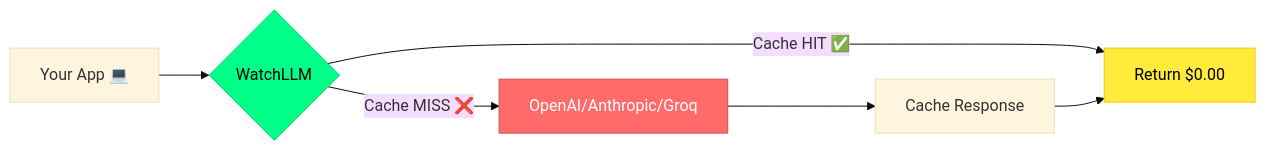
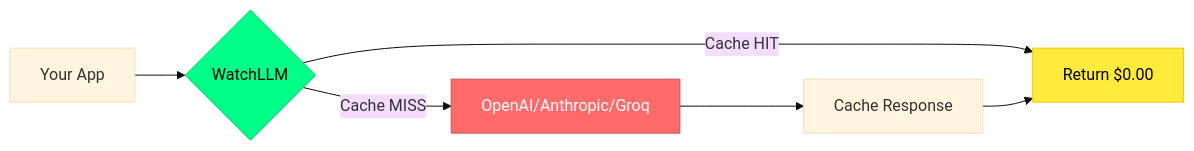
Before and after one commit to kaadipranav/kaadipranav: the first of 2 diagrams in README.md, drawn with Mermaid (base theme). The commit also changed other lines of this file, not shown here.

Commit message:
Update badge links and improve diagram formatting

````diff
--- a/README.md
+++ b/README.md
@@ -27,11 +27,11 @@
 ```mermaid
 graph LR
-    A[Your App 💻] --> B{WatchLLM}
-    B -->|Cache HIT ✅| C[Return $0.00]
-    B -->|Cache MISS ❌| D[OpenAI/Anthropic/Groq]
+    A[Your App] --> B{WatchLLM}
+    B -->|Cache HIT| C[Return $0.00]
+    B -->|Cache MISS| D[OpenAI/Anthropic/Groq]
     D --> E[Cache Response]
     E --> C
     style B fill:#00ff88,stroke:#00cc66,color:#000
     style C fill:#ffeb3b,stroke:#ffc107,color:#000
     style D fill:#ff6b6b,stroke:#cc5555,color:#fff
 ```
````
